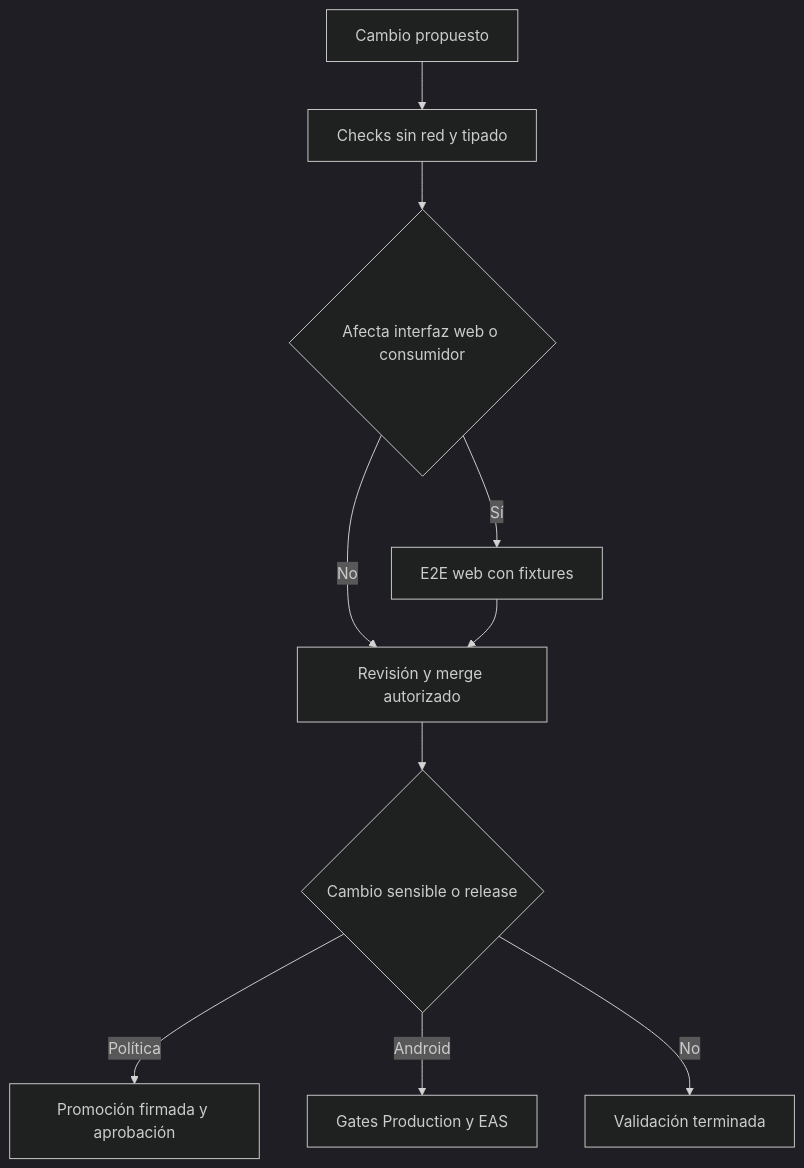
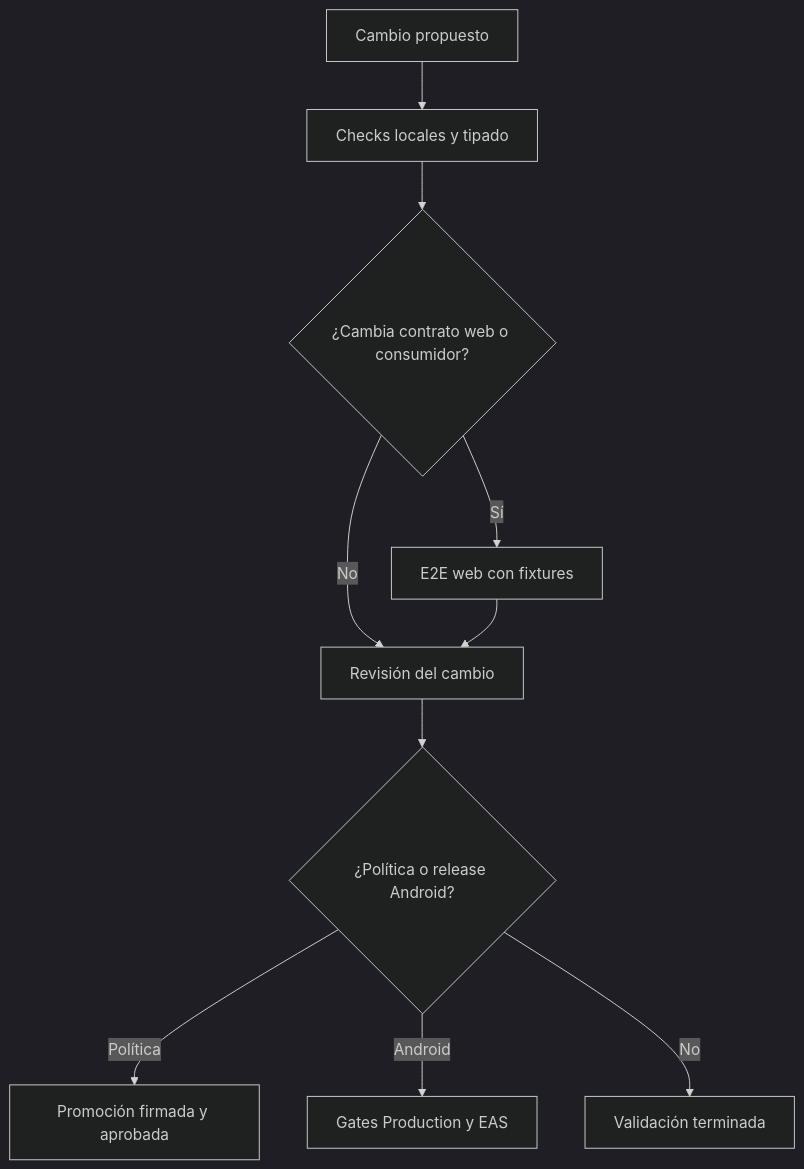
One commit to maximofn/gymnasia changed the first of 2 diagrams in openwiki/operations/build-release-and-testing.md. Above: the diagram before and after it, drawn with Mermaid (dark theme). The commit also changed other lines of this file and 49 other files, not shown here.

````diff
--- a/openwiki/operations/build-release-and-testing.md
+++ b/openwiki/operations/build-release-and-testing.md
@@ -62,12 +66,12 @@
 ```mermaid
 flowchart TD
-    Change["Cambio propuesto"] --> Local["Checks sin red y tipado"]
-    Local --> Scope{"Afecta interfaz web o consumidor"}
+    Change["Cambio propuesto"] --> Local["Checks locales y tipado"]
+    Local --> Scope{"¿Cambia contrato web o consumidor?"}
     Scope -->|"Sí"| Web["E2E web con fixtures"]
-    Scope -->|"No"| Review["Revisión y merge autorizado"]
+    Scope -->|"No"| Review["Revisión del cambio"]
     Web --> Review
-    Review --> Sensitive{"Cambio sensible o release"}
-    Sensitive -->|"Política"| Signed["Promoción firmada y aprobación"]
+    Review --> Sensitive{"¿Política o release Android?"}
+    Sensitive -->|"Política"| Signed["Promoción firmada y aprobada"]
     Sensitive -->|"Android"| Release["Gates Production y EAS"]
     Sensitive -->|"No"| Done["Validación terminada"]
 ```
````
